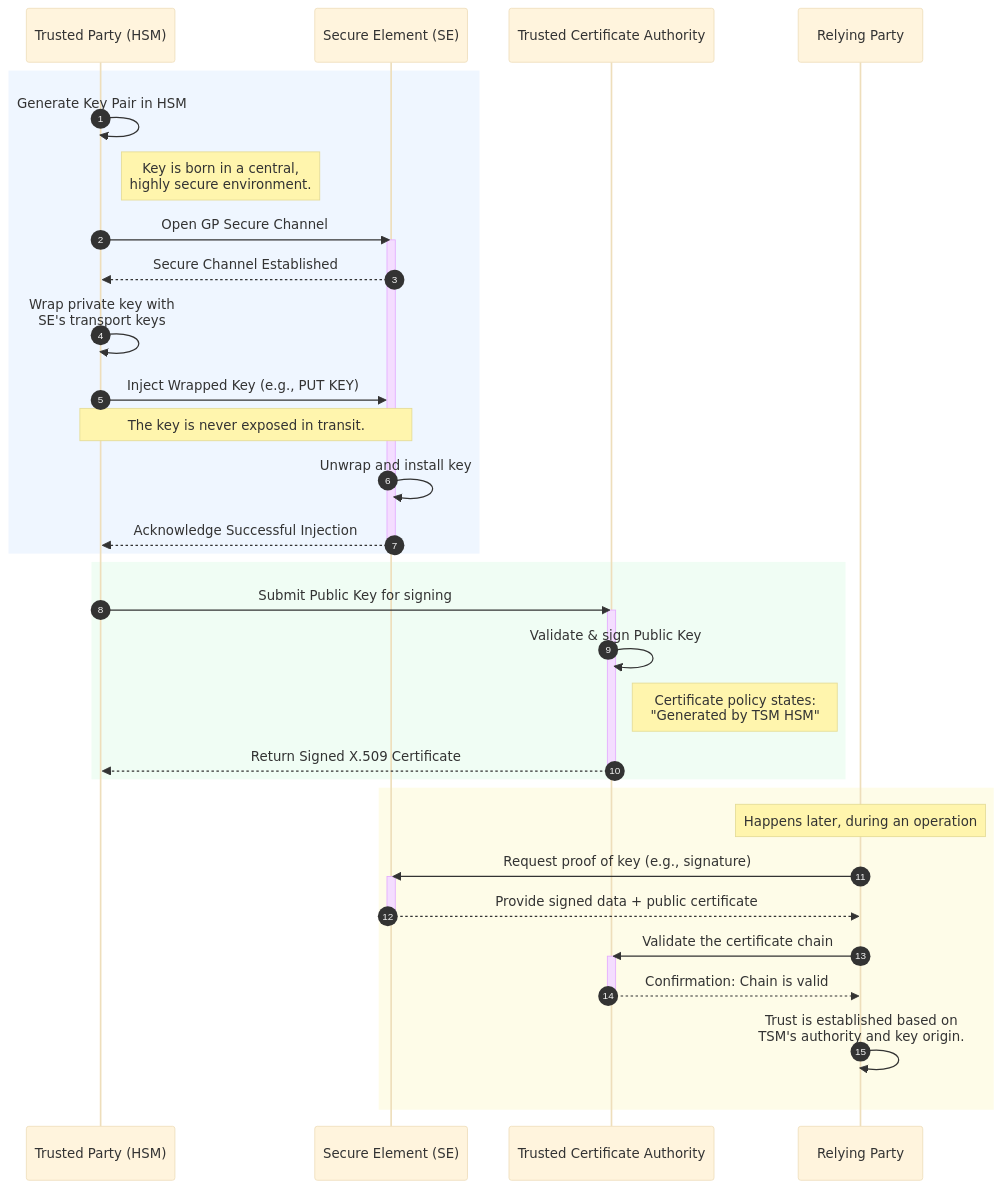
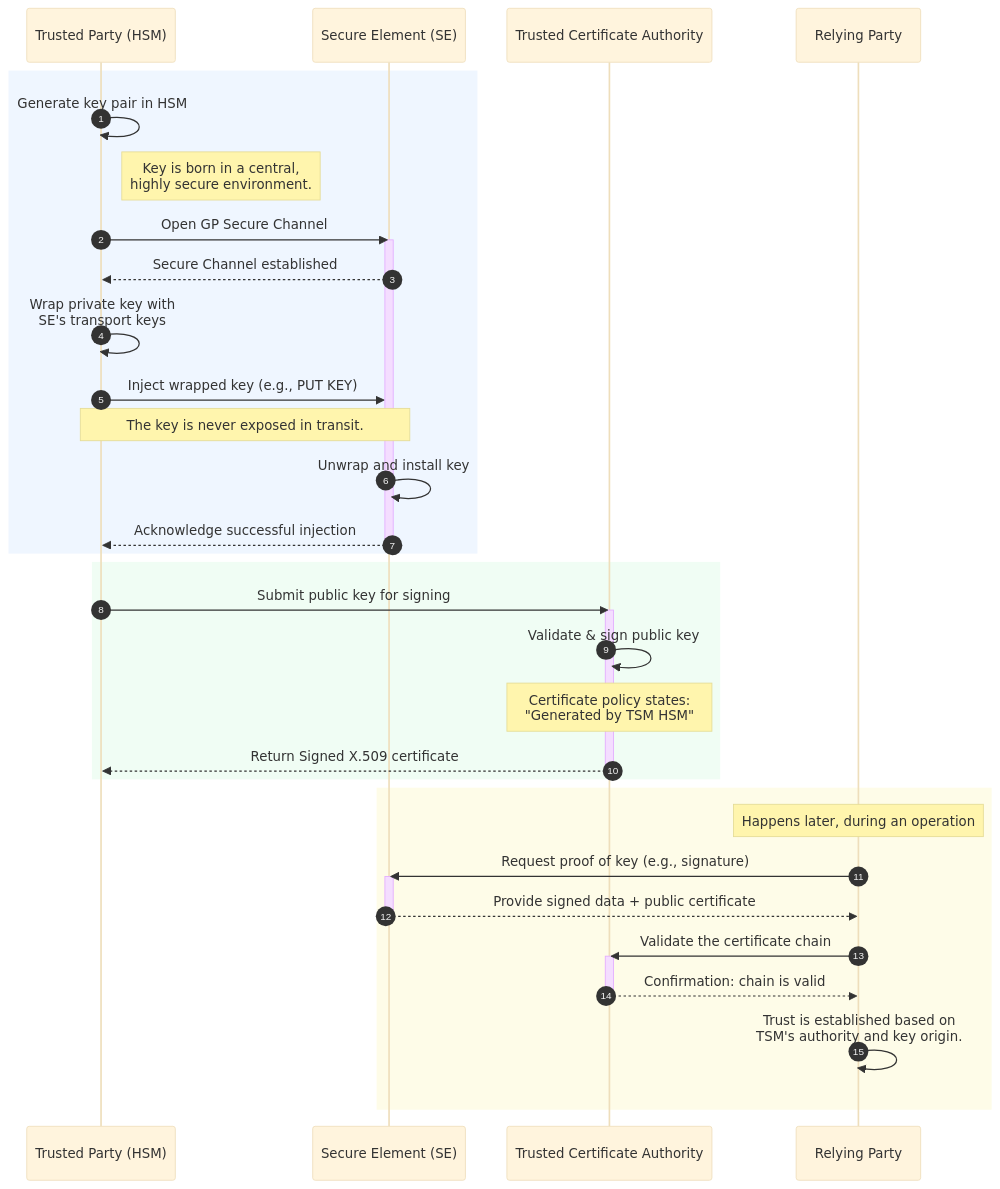
Before and after one commit to nnworkspace/presentations: the second of 4 diagrams in android_key_attestation.md, drawn with Mermaid (base theme). The commit also changed other lines of this file and 6 other files, not shown here.

````diff
--- a/android_key_attestation.md
+++ b/android_key_attestation.md
@@ -260,51 +260,51 @@
 ```mermaid
 sequenceDiagram
     autonumber
     participant TSM as Trusted Party (HSM)
     participant SE as Secure Element (SE)
     participant CA as Trusted Certificate Authority
     participant RP as Relying Party
 
     %% -- 1. Central Key Generation & Secure Injection --
     rect rgb(239, 246, 255)
-        TSM->>TSM: Generate Key Pair in HSM
+        TSM->>TSM: Generate key pair in HSM
         note right of TSM: Key is born in a central,<br/>highly secure environment.
 
         TSM->>SE: Open GP Secure Channel
         activate SE
-        SE-->>TSM: Secure Channel Established
+        SE-->>TSM: Secure Channel established
 
         TSM->>TSM: Wrap private key with<br/>SE's transport keys
-        TSM->>SE: Inject Wrapped Key (e.g., PUT KEY)
+        TSM->>SE: Inject wrapped key (e.g., PUT KEY)
         note over TSM, SE: The key is never exposed in transit.
         SE->>SE: Unwrap and install key
-        SE-->>TSM: Acknowledge Successful Injection
+        SE-->>TSM: Acknowledge successful injection
         deactivate SE
     end
 
     %% -- 2. Certificate Issuance --
     rect rgb(240, 253, 244)
-        TSM->>CA: Submit Public Key for signing
+        TSM->>CA: Submit public key for signing
         activate CA
-        CA->>CA: Validate & sign Public Key
-        note right of CA: Certificate policy states:<br/>"Generated by TSM HSM"
-        CA-->>TSM: Return Signed X.509 Certificate
+        CA->>CA: Validate & sign public key
+        note over CA: Certificate policy states:<br/>"Generated by TSM HSM"
+        CA-->>TSM: Return Signed X.509 certificate
         deactivate CA
     end
 
     %% -- 3. Later Validation by a Relying Party --
     rect rgb(254, 252, 232)
         note over RP: Happens later, during an operation
         RP->>SE: Request proof of key (e.g., signature)
         activate SE
         SE-->>RP: Provide signed data + public certificate
         deactivate SE
 
         RP->>CA: Validate the certificate chain
         activate CA
-        CA-->>RP: Confirmation: Chain is valid
+        CA-->>RP: Confirmation: chain is valid
         deactivate CA
 
         RP->>RP: Trust is established based on<br/>TSM's authority and key origin.
     end
 ```
````
